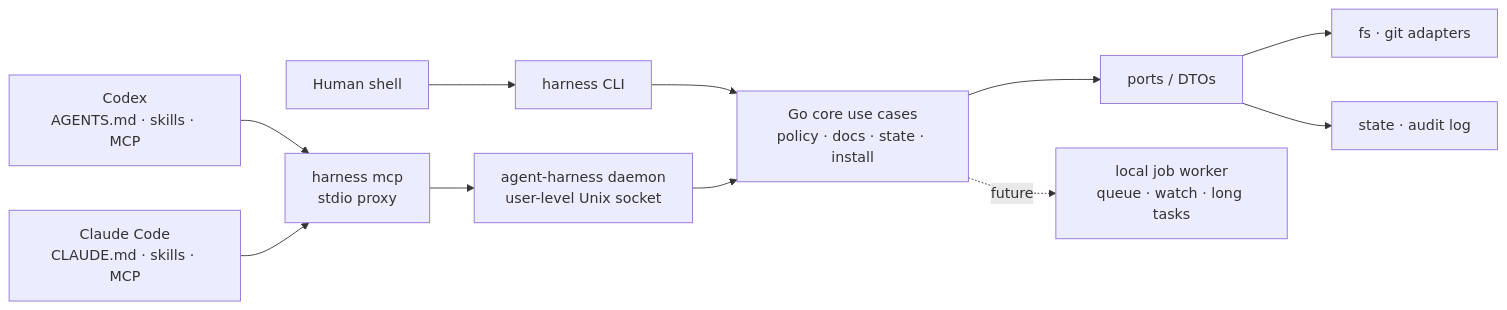
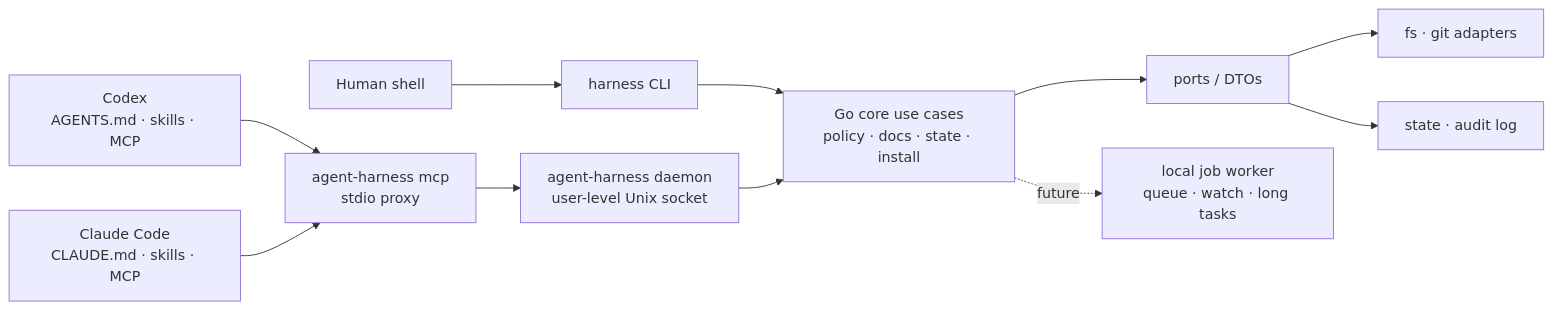
The second of 2 diagrams in README.md (m16khb-org/agent-harness), drawn with Mermaid before and after one commit. The commit also changed other lines of this file and 41 other files, not shown here.

````diff
--- a/README.md
+++ b/README.md
@@ -313,14 +338,14 @@
 ```mermaid
 flowchart LR
-    Codex[Codex\nAGENTS.md · skills · MCP] --> MCP[harness mcp\nstdio proxy]
+    Codex[Codex\nAGENTS.md · skills · MCP] --> MCP[agent-harness mcp\nstdio proxy]
     Claude[Claude Code\nCLAUDE.md · skills · MCP] --> MCP
     Human[Human shell] --> CLI[harness CLI]
 
     MCP --> Daemon[agent-harness daemon\nuser-level Unix socket]
     CLI --> Core[Go core use cases\npolicy · docs · state · install]
     Daemon --> Core
     Core --> Ports[ports / DTOs]
     Ports --> FS[fs · git adapters]
     Ports --> State[state · audit log]
     Core -. future .-> Worker[local job worker\nqueue · watch · long tasks]
 ```
````
